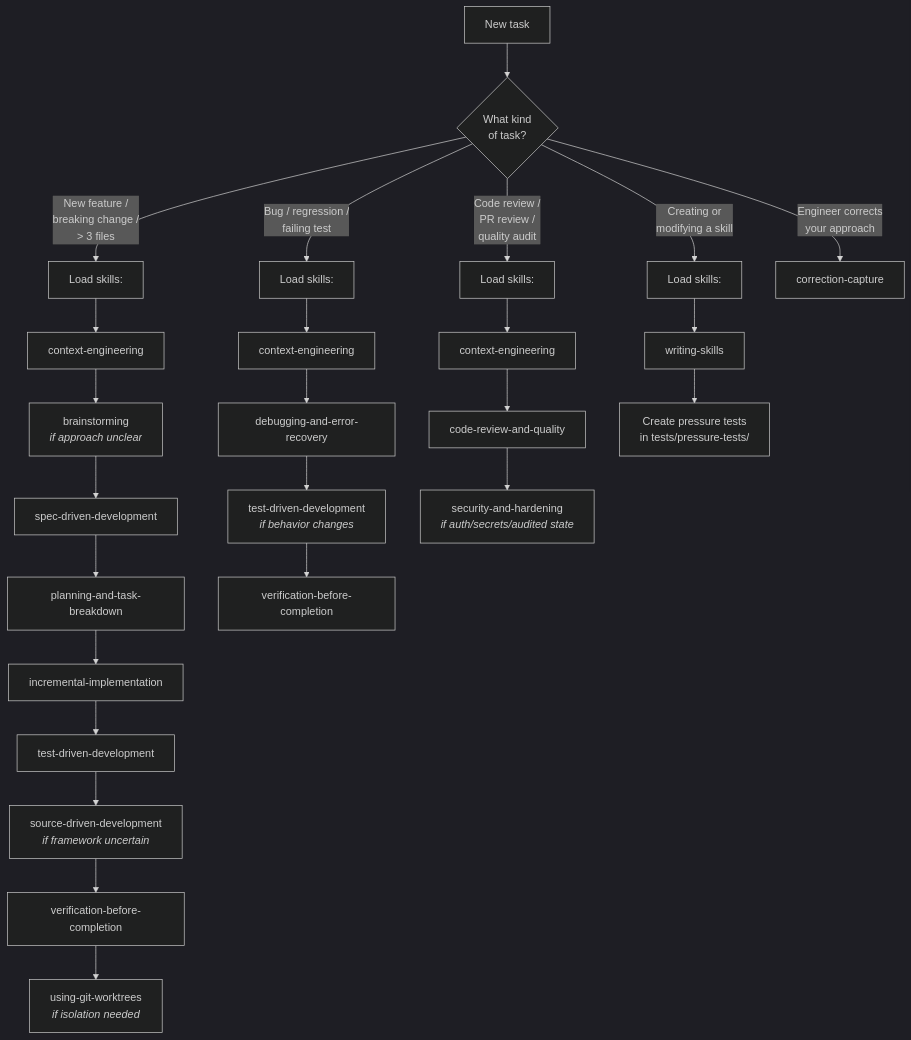
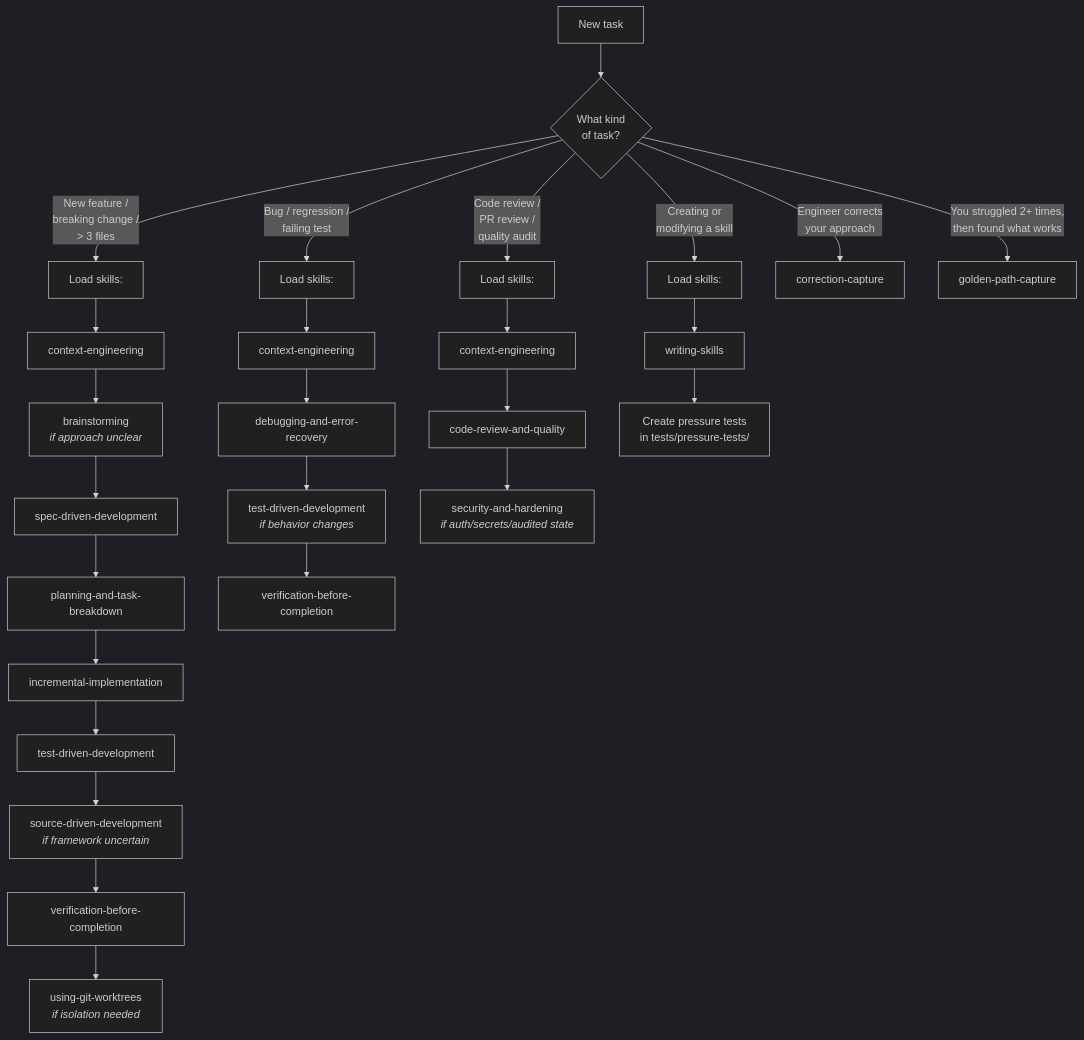
Before and after one commit to moberghr/mtk-agent-toolkit: the first of 2 diagrams in AGENTS.md, drawn with Mermaid (dark theme). The commit also changed other lines of this file and 14 other files, not shown here.

````diff
--- a/AGENTS.md
+++ b/AGENTS.md
@@ -11,32 +11,33 @@
 ```mermaid
 flowchart TD
     START["New task"] --> Q1{"What kind<br/>of task?"}
 
     Q1 -- "New feature /<br/>breaking change /<br/>> 3 files" --> FEAT["Load skills:"]
     Q1 -- "Bug / regression /<br/>failing test" --> BUG["Load skills:"]
     Q1 -- "Code review /<br/>PR review /<br/>quality audit" --> REV["Load skills:"]
     Q1 -- "Creating or<br/>modifying a skill" --> SKILL["Load skills:"]
     Q1 -- "Engineer corrects<br/>your approach" --> CORR["correction-capture"]
+    Q1 -- "You struggled 2+ times,<br/>then found what works" --> GOLD["golden-path-capture"]
 
     FEAT --> F1["context-engineering"]
     F1 --> F1b["brainstorming<br/><i>if approach unclear</i>"]
     F1b --> F2["spec-driven-development"]
     F2 --> F3["planning-and-task-breakdown"]
     F3 --> F4["incremental-implementation"]
     F4 --> F5["test-driven-development"]
     F5 --> F6["source-driven-development<br/><i>if framework uncertain</i>"]
     F6 --> F7["verification-before-completion"]
     F7 --> F8["using-git-worktrees<br/><i>if isolation needed</i>"]
 
     BUG --> B1["context-engineering"]
     B1 --> B2["debugging-and-error-recovery"]
     B2 --> B3["test-driven-development<br/><i>if behavior changes</i>"]
     B3 --> B4["verification-before-completion"]
 
     REV --> R1["context-engineering"]
     R1 --> R2["code-review-and-quality"]
     R2 --> R3["security-and-hardening<br/><i>if auth/secrets/audited state</i>"]
 
     SKILL --> S1["writing-skills"]
     S1 --> S2["Create pressure tests<br/>in tests/pressure-tests/"]
 ```
````
